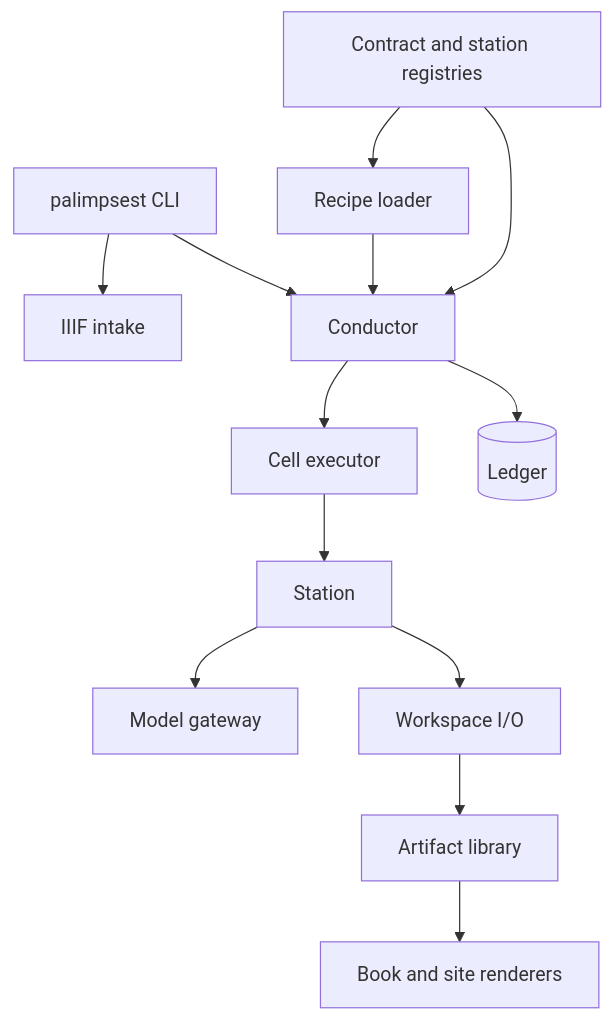
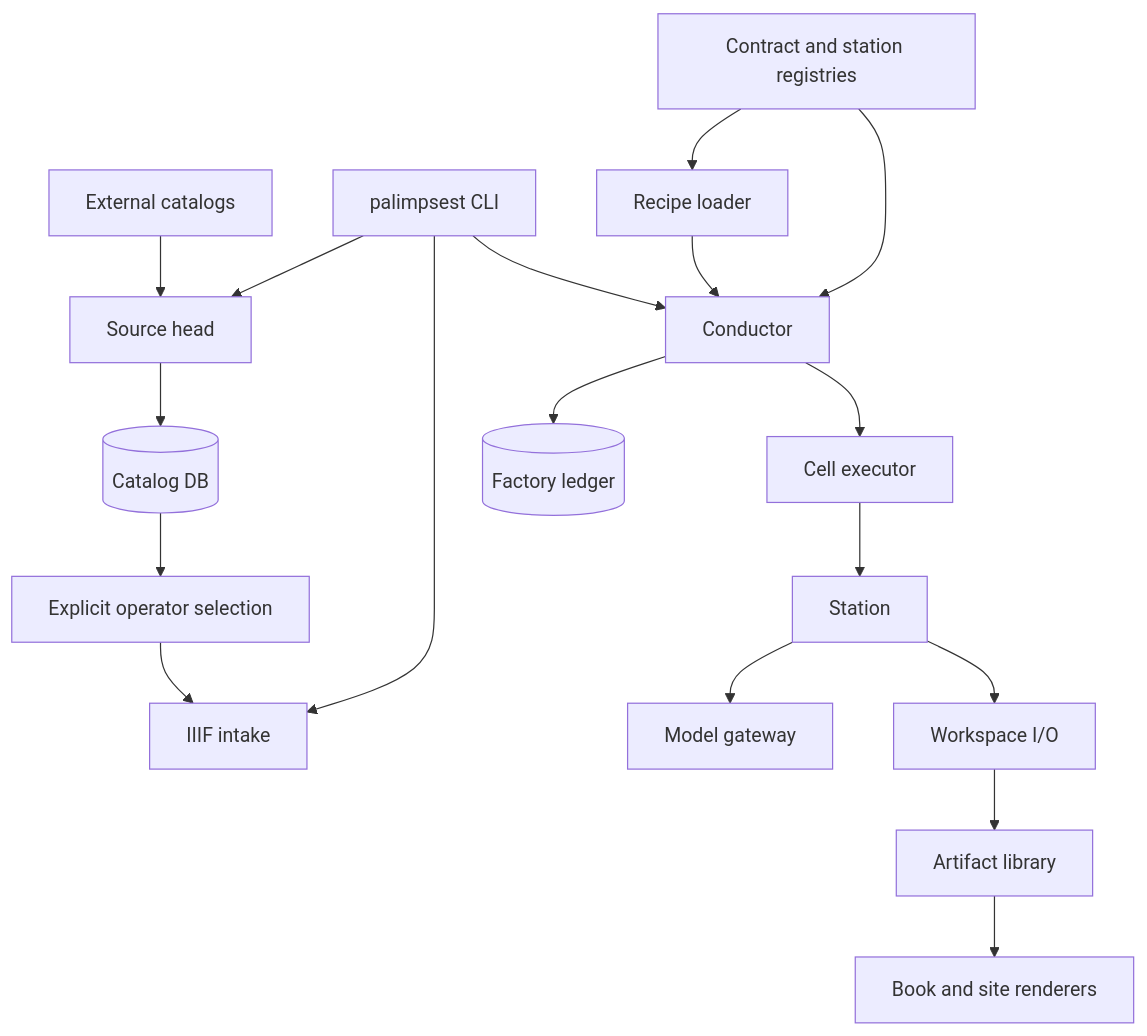
The diagram in docs/ARCHITECTURE.md (Dexin-Huang/palimpsest), drawn with Mermaid before and after one commit. The commit also changed other lines of this file and 30 other files, not shown here.

Commit message:
feat: add catalog ingestion and bounded factory canaries

````diff
--- a/docs/ARCHITECTURE.md
+++ b/docs/ARCHITECTURE.md
@@ -13,15 +18,20 @@
 ```mermaid
 flowchart TB
-    cli[palimpsest CLI] --> intake[IIIF intake]
+    source[External catalogs] --> head[Source head]
+    head --> catalog[(Catalog DB)]
+    cli[palimpsest CLI] --> head
+    catalog --> selection[Explicit operator selection]
+    selection --> intake[IIIF intake]
+    cli --> intake
     cli --> conductor[Conductor]
     recipe[Recipe loader] --> conductor
     registry[Contract and station registries] --> recipe
     registry --> conductor
     conductor --> executor[Cell executor]
     executor --> station[Station]
     station --> gateway[Model gateway]
     station --> workspace[Workspace I/O]
-    conductor --> ledger[(Ledger)]
+    conductor --> ledger[(Factory ledger)]
     workspace --> library[Artifact library]
     library --> publication[Book and site renderers]
 ```
````
